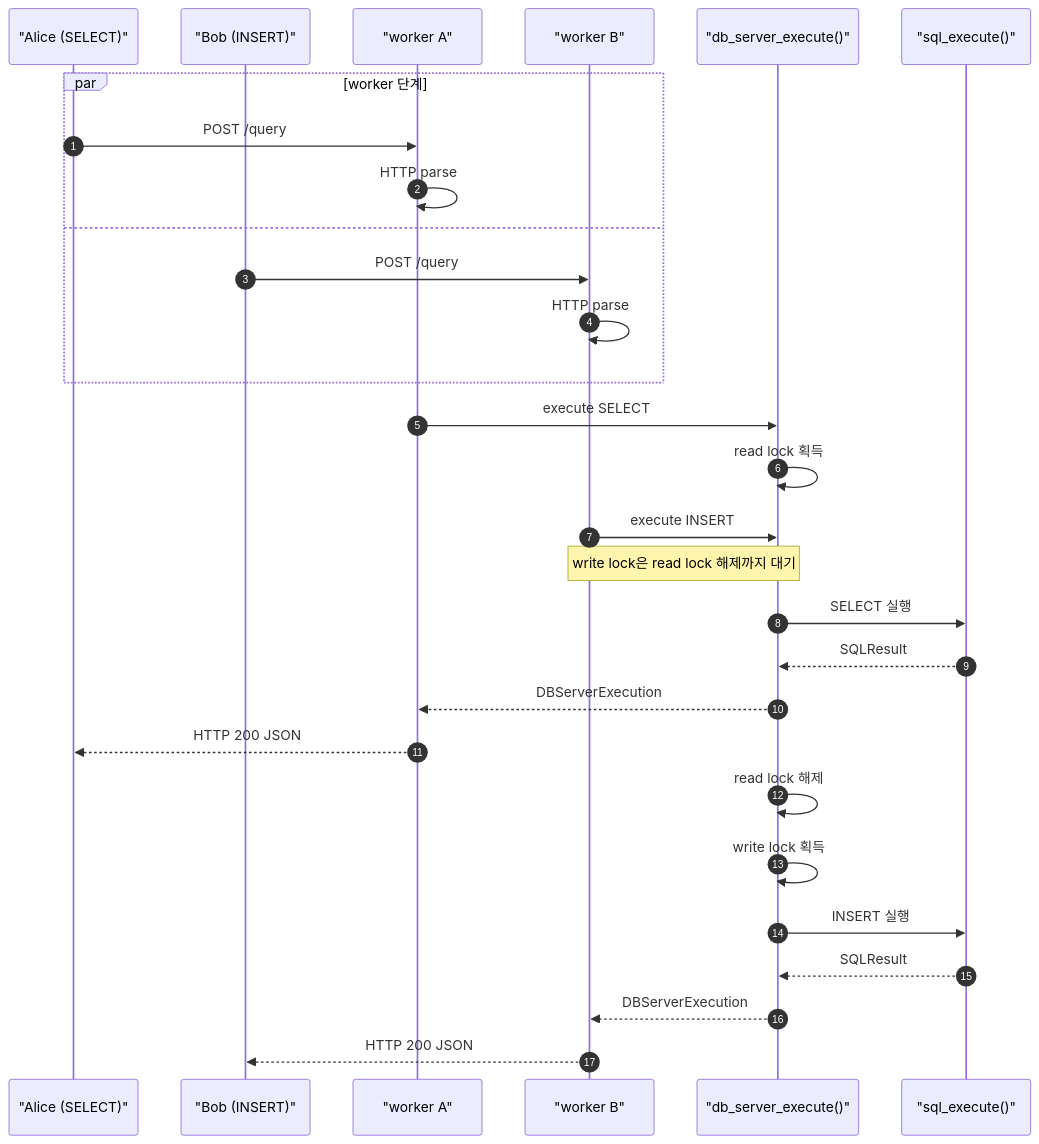
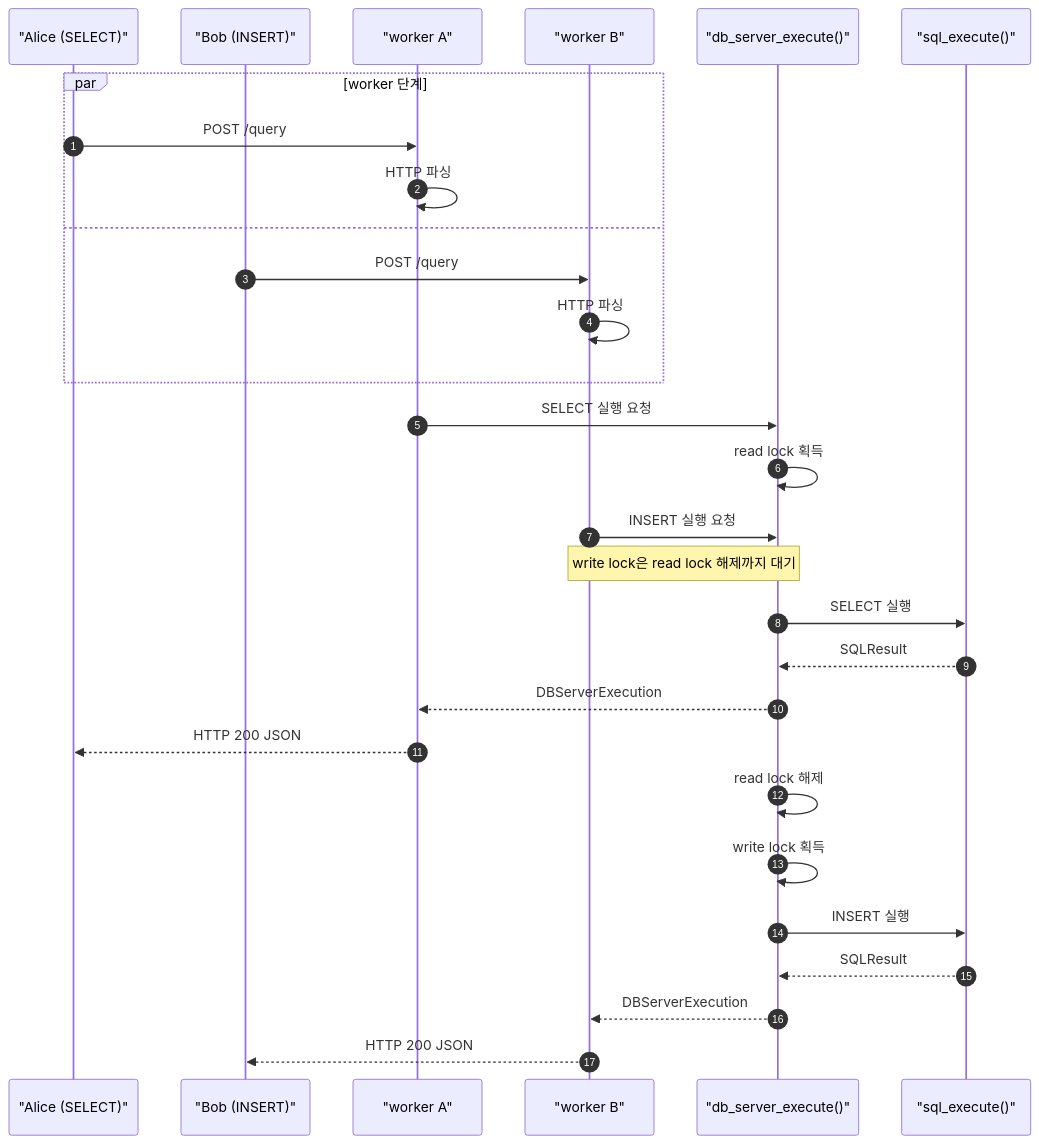
One commit to Jungle-12-303/wk8-team4-sql-api changed the diagram in README.md. Above: the diagram before and after it, drawn with Mermaid. The commit also changed other lines of this file, not shown here.

First line of the commit message:
docs: README 섹션 순서 정렬 및 다이어그램 용어 수정

````diff
--- a/README.md
+++ b/README.md
@@ -71,34 +65,34 @@
 ```mermaid
 sequenceDiagram
     autonumber
     participant Alice as "Alice (SELECT)"
     participant Bob as "Bob (INSERT)"
     participant WA as "worker A"
     participant WB as "worker B"
     participant DB as "db_server_execute()"
     participant Core as "sql_execute()"
 
     par worker 단계
         Alice->>WA: POST /query
-        WA->>WA: HTTP parse
+        WA->>WA: HTTP 파싱
     and
         Bob->>WB: POST /query
-        WB->>WB: HTTP parse
+        WB->>WB: HTTP 파싱
     end
 
-    WA->>DB: execute SELECT
+    WA->>DB: SELECT 실행 요청
     DB->>DB: read lock 획득
-    WB->>DB: execute INSERT
+    WB->>DB: INSERT 실행 요청
     Note over WB,DB: write lock은 read lock 해제까지 대기
     DB->>Core: SELECT 실행
     Core-->>DB: SQLResult
     DB-->>WA: DBServerExecution
     WA-->>Alice: HTTP 200 JSON
     DB->>DB: read lock 해제
 
     DB->>DB: write lock 획득
     DB->>Core: INSERT 실행
     Core-->>DB: SQLResult
     DB-->>WB: DBServerExecution
     WB-->>Bob: HTTP 200 JSON
 ```
````
